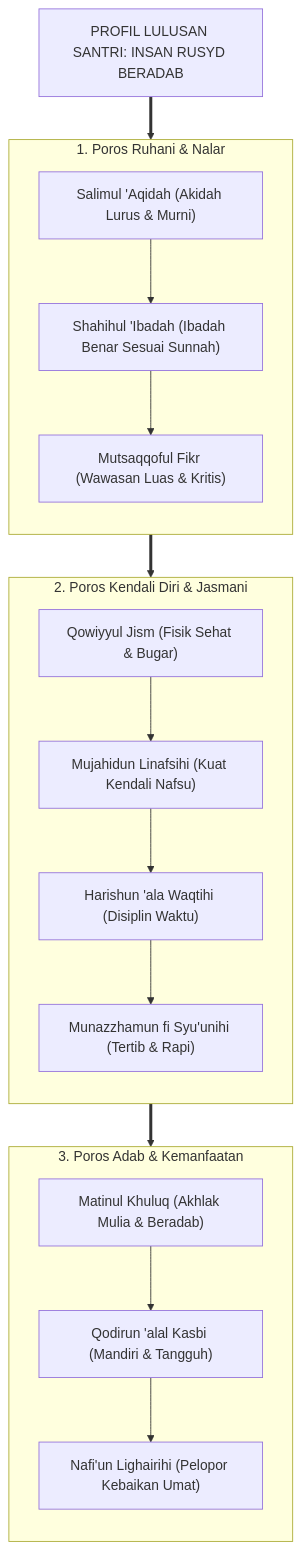
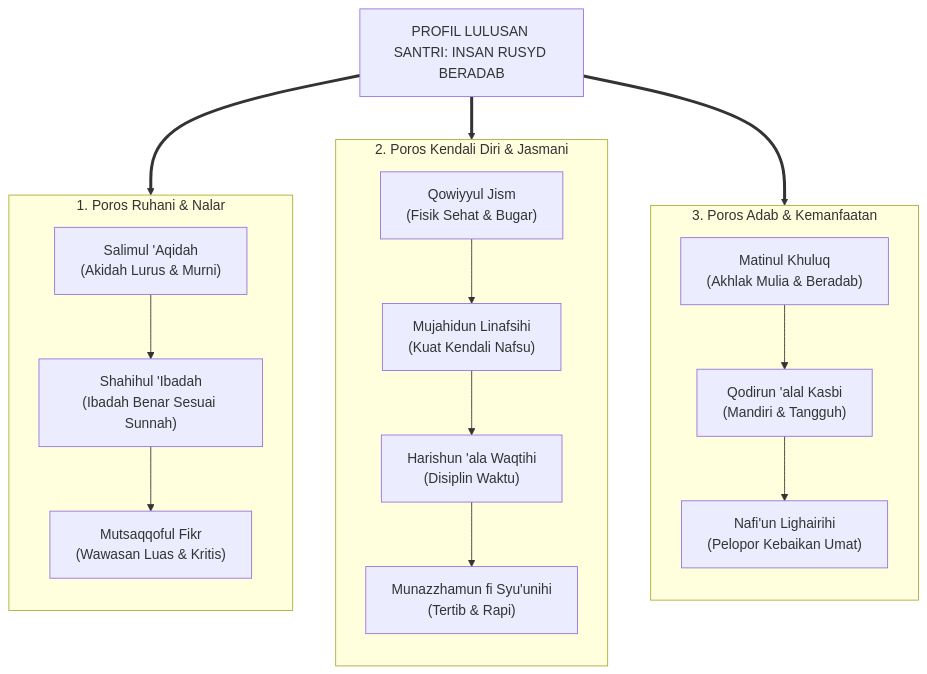
One commit to wandiapriliyandi/tumbuh changed the third of 5 diagrams in BOOK Series 1/01-The-Fundamental-of-TUMBUH/Bab-10-Kerangka-Struktur-Model-Inti-TUMBUH.md. Above: the diagram before and after it, drawn with Mermaid. The commit also changed other lines of this file and 24 other files, not shown here.

Commit message:
fix(pdf): isolasi rendering mermaid dan optimasi proporsi diagram di seluruh bab

````diff
--- a/BOOK Series 1/01-The-Fundamental-of-TUMBUH/Bab-10-Kerangka-Struktur-Model-Inti-TUMBUH.md
+++ b/BOOK Series 1/01-The-Fundamental-of-TUMBUH/Bab-10-Kerangka-Struktur-Model-Inti-TUMBUH.md
@@ -89,30 +89,29 @@
 ```mermaid
 graph TD
     P["PROFIL LULUSAN SANTRI: INSAN RUSYD BERADAB"]
+    P ==> RANAH_SPIRITUAL
+    P ==> RANAH_PRIBADI
+    P ==> RANAH_SOSIAL
     
     subgraph RANAH_SPIRITUAL["1. Poros Ruhani & Nalar"]
         direction TB
-        K1["Salimul 'Aqidah (Akidah Lurus & Murni)"]
-        --> K2["Shahihul 'Ibadah (Ibadah Benar Sesuai Sunnah)"]
-        --> K5["Mutsaqqoful Fikr (Wawasan Luas & Kritis)"]
+        K1["Salimul 'Aqidah<br/>(Akidah Lurus & Murni)"]
+        --> K2["Shahihul 'Ibadah<br/>(Ibadah Benar Sesuai Sunnah)"]
+        --> K5["Mutsaqqoful Fikr<br/>(Wawasan Luas & Kritis)"]
     end
     
     subgraph RANAH_PRIBADI["2. Poros Kendali Diri & Jasmani"]
         direction TB
-        K4["Qowiyyul Jism (Fisik Sehat & Bugar)"]
-        --> K6["Mujahidun Linafsihi (Kuat Kendali Nafsu)"]
-        --> K7["Harishun 'ala Waqtihi (Disiplin Waktu)"]
-        --> K8["Munazzhamun fi Syu'unihi (Tertib & Rapi)"]
+        K4["Qowiyyul Jism<br/>(Fisik Sehat & Bugar)"]
+        --> K6["Mujahidun Linafsihi<br/>(Kuat Kendali Nafsu)"]
+        --> K7["Harishun 'ala Waqtihi<br/>(Disiplin Waktu)"]
+        --> K8["Munazzhamun fi Syu'unihi<br/>(Tertib & Rapi)"]
     end
     
     subgraph RANAH_SOSIAL["3. Poros Adab & Kemanfaatan"]
         direction TB
-        K3["Matinul Khuluq (Akhlak Mulia & Beradab)"]
-        --> K9["Qodirun 'alal Kasbi (Mandiri & Tangguh)"]
-        --> K10["Nafi'un Lighairihi (Pelopor Kebaikan Umat)"]
+        K3["Matinul Khuluq<br/>(Akhlak Mulia & Beradab)"]
+        --> K9["Qodirun 'alal Kasbi<br/>(Mandiri & Tangguh)"]
+        --> K10["Nafi'un Lighairihi<br/>(Pelopor Kebaikan Umat)"]
     end
-
-    P ==> RANAH_SPIRITUAL
-    RANAH_SPIRITUAL ==> RANAH_PRIBADI
-    RANAH_PRIBADI ==> RANAH_SOSIAL
 ```
````
